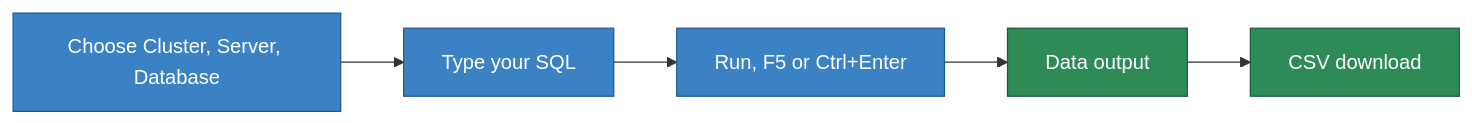
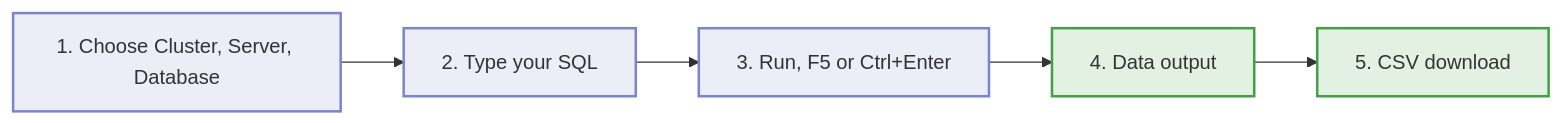
One commit to AdityaPanchall/keenpg-documentation changed the seventh of 8 diagrams in docs/console.md. Above: the diagram before and after it, drawn with Mermaid. The commit also changed other lines of this file and 8 other files, not shown here.

````diff
--- a/docs/console.md
+++ b/docs/console.md
@@ -849,9 +772,9 @@
 ```mermaid
 flowchart LR
-    A["Choose Cluster, Server, Database"] --> B["Type your SQL"] --> C["Run, F5 or Ctrl+Enter"] --> D["Data output"] --> E["CSV download"]
+    A["1. Choose Cluster, Server, Database"] --> B["2. Type your SQL"] --> C["3. Run, F5 or Ctrl+Enter"] --> D["4. Data output"] --> E["5. CSV download"]
 
-    classDef step fill:#3b82c4,stroke:#1e5a94,color:#fff
-    classDef ok fill:#2e8b57,stroke:#1c5e3a,color:#fff
+    classDef step fill:#7986cb26,stroke:#7986cb,stroke-width:2px
+    classDef ok fill:#43a04726,stroke:#43a047,stroke-width:2px
     class A,B,C step
     class D,E ok
 ```
````
